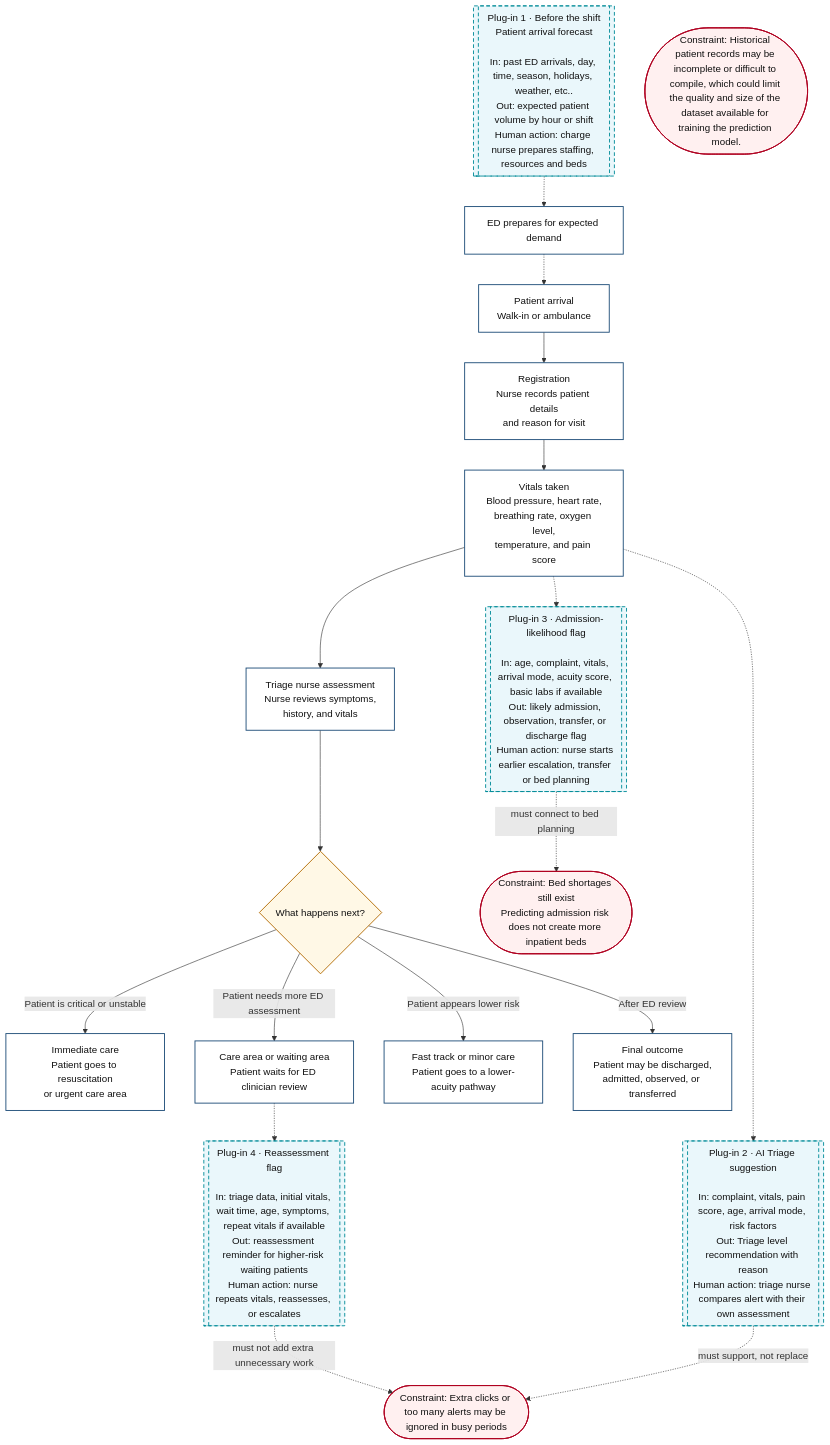
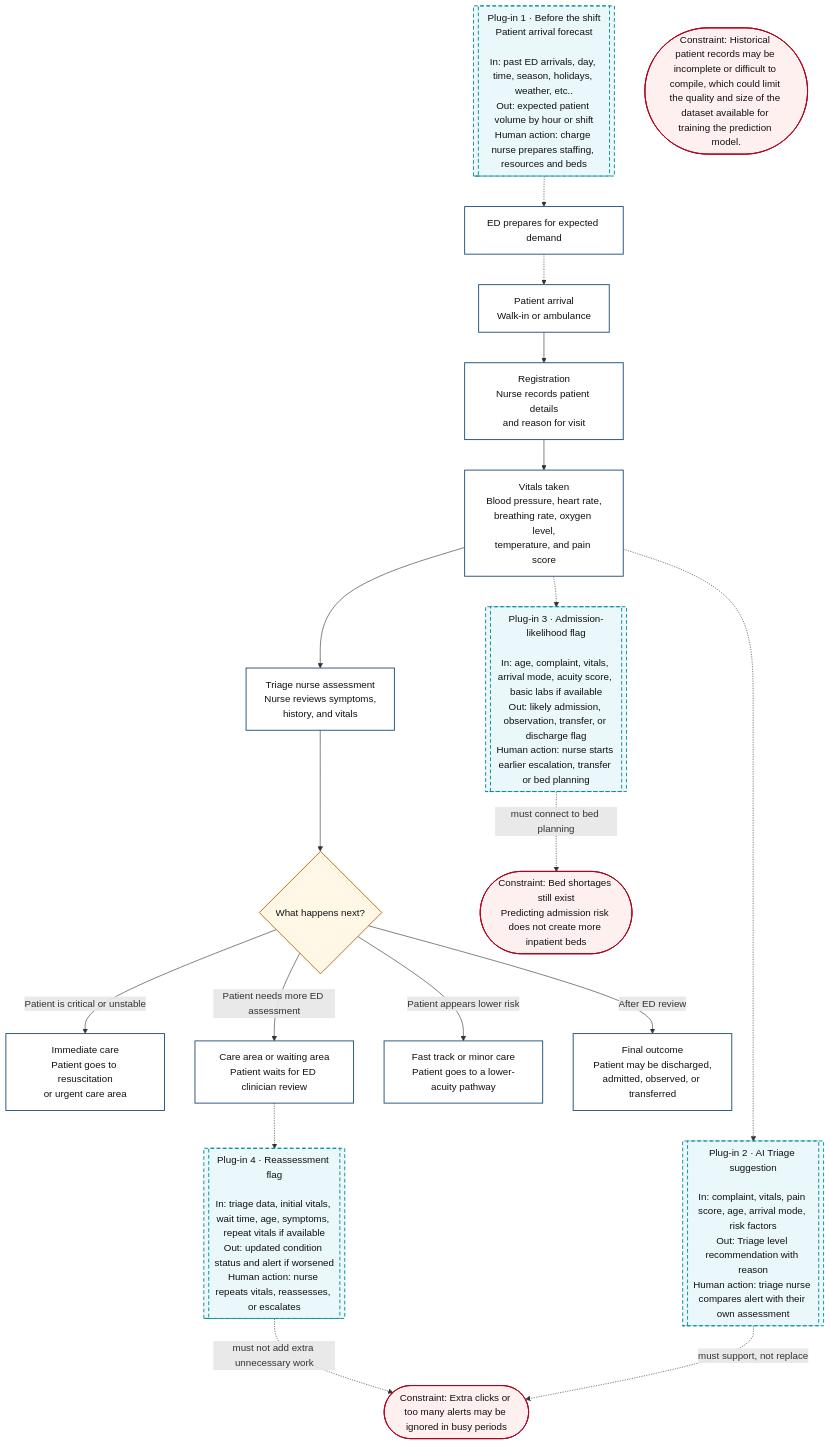
The diagram in docs/week_3_workflow.md (tinadams/carisurg-portfolio), drawn with Mermaid before and after one commit.

Commit message:
Modify AI4 output for reassessment flag
Updated the output description for AI4 to reflect the alert for worsened condition.

````diff
--- a/docs/week_3_workflow.md
+++ b/docs/week_3_workflow.md
@@ -1,55 +1,55 @@
 ```mermaid
 flowchart TD
 
 A[Patient arrival<br/>Walk-in or ambulance] --> B[Registration<br/>Nurse records patient details<br/>and reason for visit]
 
 B --> C[Vitals taken<br/>Blood pressure, heart rate,<br/>breathing rate, oxygen level,<br/>temperature, and pain score]
 
 C --> D[Triage nurse assessment<br/>Nurse reviews symptoms,<br/>history, and vitals]
 
 D --> E{What happens next?}
 
 E -->|Patient is critical or unstable| F[Immediate care<br/>Patient goes to resuscitation<br/>or urgent care area]
 
 E -->|Patient needs more ED assessment| G[Care area or waiting area<br/>Patient waits for ED clinician review]
 
 E -->|Patient appears lower risk| H[Fast track or minor care<br/>Patient goes to a lower-acuity pathway]
 
 E -->|After ED review| I[Final outcome<br/>Patient may be discharged,<br/>admitted, observed, or transferred]
 
 AI1[[Plug-in 1 · Before the shift<br/>Patient arrival forecast<br/><br/>In: past ED arrivals, day, time, season, holidays, weather, etc..<br/>Out: expected patient volume by hour or shift<br/>Human action: charge nurse prepares staffing, resources and beds]]
 
 AI2[[Plug-in 2 · AI Triage suggestion<br/><br/>In: complaint, vitals, pain score, age, arrival mode, risk factors<br/>Out: Triage level recommendation with reason<br/>Human action: triage nurse compares alert with their own assessment]]
 
 AI3[[Plug-in 3 · Admission-likelihood flag<br/><br/>In: age, complaint, vitals, arrival mode, acuity score, basic labs if available<br/>Out: likely admission, observation, transfer, or discharge flag<br/>Human action: nurse starts earlier escalation, transfer or bed planning]]
 
-AI4[[Plug-in 4 · Reassessment flag<br/><br/>In: triage data, initial vitals, wait time, age, symptoms, repeat vitals if available<br/>Out: reassessment reminder for higher-risk waiting patients<br/>Human action: nurse repeats vitals, reassesses, or escalates]]
+AI4[[Plug-in 4 · Reassessment flag<br/><br/>In: triage data, initial vitals, wait time, age, symptoms, repeat vitals if available<br/>Out: updated condition status and alert if worsened<br/>Human action: nurse repeats vitals, reassesses, or escalates]]
 
 PRE[ED prepares for expected demand]
 
 AI1 -.-> PRE
 PRE -.-> A
 C -.-> AI3
 C -.-> AI2
 G -.-> AI4
 
 C1([Constraint: Historical patient records may be incomplete or difficult to compile, which could limit the quality and size of the dataset available for training the prediction model.])
 
 C2([Constraint: Extra clicks or too many alerts may be ignored in busy periods])
 
 C3([Constraint: Bed shortages still exist<br/>Predicting admission risk does not create more inpatient beds])
 
 AI2 -. must support, not replace .-> C2
 AI3 -. must connect to bed planning .-> C3
 AI4 -. must not add extra unnecessary work.-> C2
 
 classDef process fill:#ffffff,stroke:#1f4e79,stroke-width:1.5px,color:#111;
 classDef decision fill:#fff8e6,stroke:#b36b00,stroke-width:1.5px,color:#111;
 classDef ai fill:#eaf7fb,stroke:#008c99,stroke-width:1.5px,stroke-dasharray: 6 4,color:#111;
 classDef constraint fill:#fff0f0,stroke:#b00020,stroke-width:1.5px,color:#111;
 
 class A,B,C,D,F,G,H,I,PRE process;
 class E decision;
 class AI1,AI2,AI3,AI4 ai;
 class C1,C2,C3 constraint;
 ```
````
